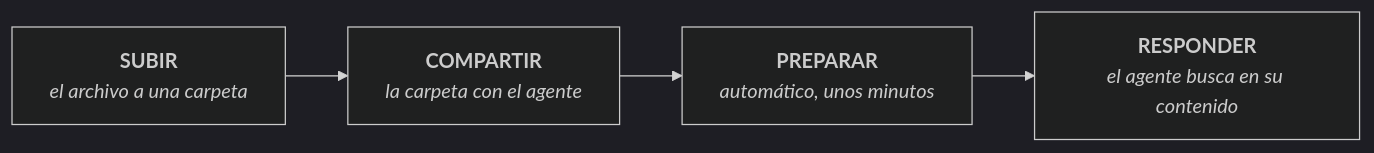
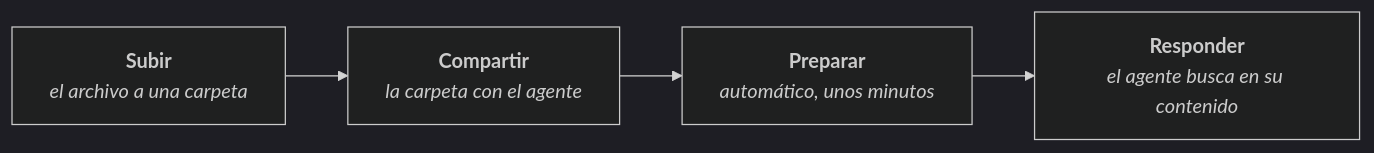
The diagram in docs/centro-de-conocimiento/centro-de-conocimiento-overview.md (akui-solutions/consul-point-docs), drawn with Mermaid (dark theme) before and after one commit. The commit also changed other lines of this file and 60 other files, not shown here.

````diff
--- a/docs/centro-de-conocimiento/centro-de-conocimiento-overview.md
+++ b/docs/centro-de-conocimiento/centro-de-conocimiento-overview.md
@@ -25,6 +22,6 @@
 ```mermaid
 flowchart LR
-    A["<b>SUBIR</b><br/><i>el archivo a una carpeta</i>"] --> B["<b>COMPARTIR</b><br/><i>la carpeta con el agente</i>"]
-    B --> C["<b>PREPARAR</b><br/><i>automático, unos minutos</i>"]
-    C --> D["<b>RESPONDER</b><br/><i>el agente busca en su contenido</i>"]
+    A["<b>Subir</b><br/><i>el archivo a una carpeta</i>"] --> B["<b>Compartir</b><br/><i>la carpeta con el agente</i>"]
+    B --> C["<b>Preparar</b><br/><i>automático, unos minutos</i>"]
+    C --> D["<b>Responder</b><br/><i>el agente busca en su contenido</i>"]
 ```
````
